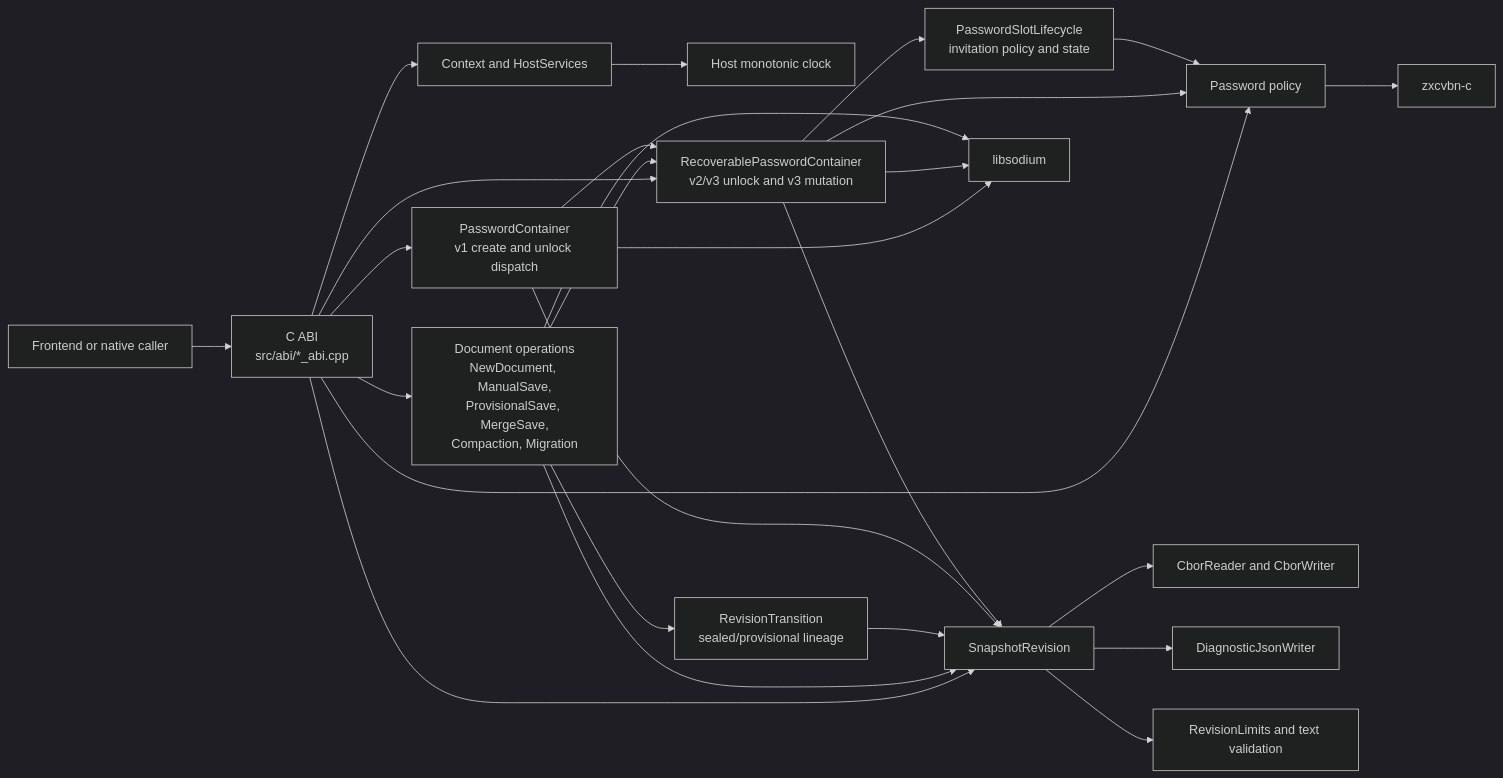
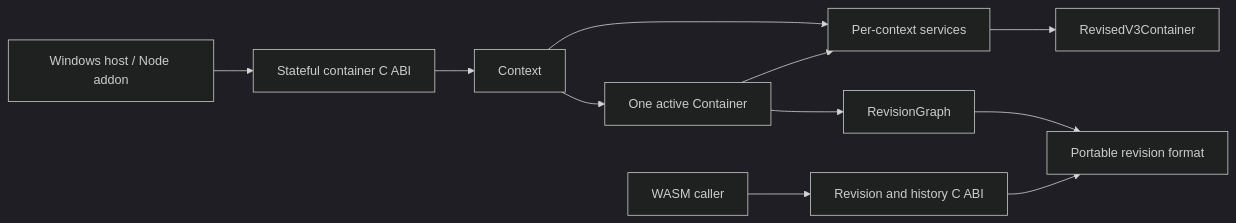
The diagram in docs/CPP_LIBRARY_ARCHITECTURE.md (davelopware/scpefe), drawn with Mermaid (dark theme) before and after one commit. The commit also changed other lines of this file and 91 other files, not shown here.

First line of the commit message:
Retire byte-oriented document ABI and complete stateful cutover

````diff
--- a/docs/CPP_LIBRARY_ARCHITECTURE.md
+++ b/docs/CPP_LIBRARY_ARCHITECTURE.md
@@ -9,28 +7,13 @@
 ```mermaid
 flowchart LR
-    Caller["Frontend or native caller"] --> ABI["C ABI<br/>src/abi/*_abi.cpp"]
-    ABI --> Context["Context and HostServices"]
-    Context --> Clock["Host monotonic clock"]
-    ABI --> Operations["Document operations<br/>NewDocument, ManualSave,<br/>ProvisionalSave, MergeSave,<br/>Compaction, Migration"]
-    ABI --> PasswordContainer["PasswordContainer<br/>v1 create and unlock dispatch"]
-    ABI --> Recoverable["RecoverablePasswordContainer<br/>v2/v3 unlock and v3 mutation"]
-    ABI --> Revision["SnapshotRevision"]
-    ABI --> Policy["Password policy"]
-    Operations --> Recoverable
-    Operations --> Transition["RevisionTransition<br/>sealed/provisional lineage"]
-    Operations --> Revision
-    Transition --> Revision
-    PasswordContainer --> Recoverable
-    PasswordContainer --> Revision
-    Recoverable --> Revision
-    Recoverable --> Policy
-    Recoverable --> SlotLifecycle["PasswordSlotLifecycle<br/>invitation policy and state"]
-    SlotLifecycle --> Policy
-    Revision --> CBOR["CborReader and CborWriter"]
-    Revision --> JSON["DiagnosticJsonWriter"]
-    Revision --> Limits["RevisionLimits and text validation"]
-    PasswordContainer --> Sodium["libsodium"]
-    Recoverable --> Sodium
-    Operations --> Sodium
-    Policy --> Zxcvbn["zxcvbn-c"]
+    Host["Windows host / Node addon"] --> ABI["Stateful container C ABI"]
+    ABI --> Context["Context"]
+    Context --> Container["One active Container"]
+    Context --> Services["Per-context services"]
+    Container --> Services
+    Services --> V3["RevisedV3Container"]
+    Container --> Graph["RevisionGraph"]
+    Graph --> Format["Portable revision format"]
+    WASM["WASM caller"] --> FormatABI["Revision and history C ABI"]
+    FormatABI --> Format
 ```
````
